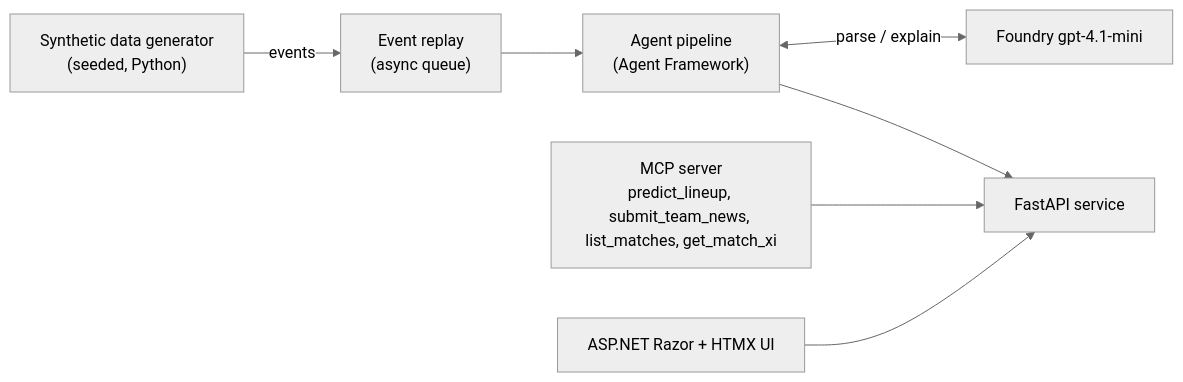
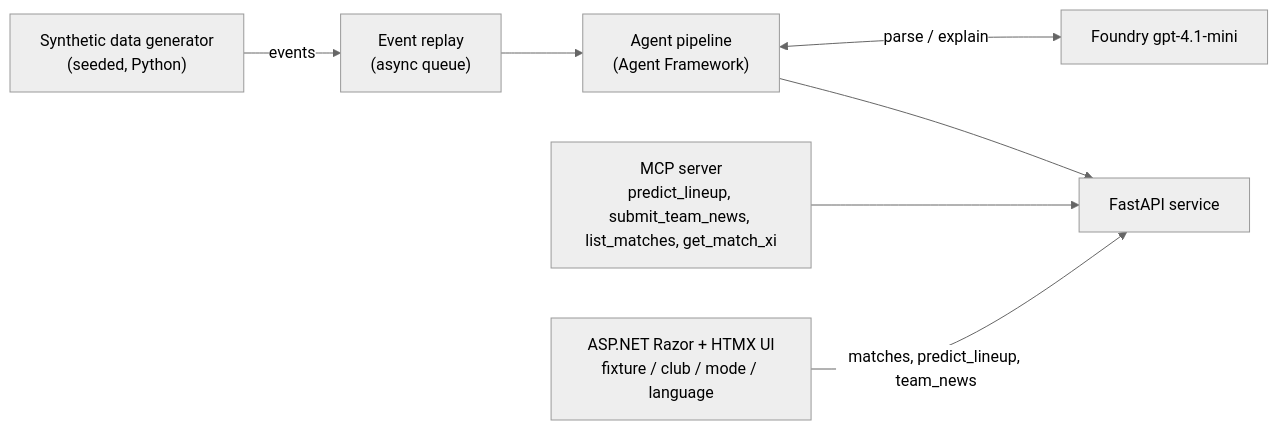
The first of 3 diagrams in ARCHITECTURE.md (ewyuen/lineup-oracle), drawn with Mermaid (neutral theme) before and after one commit. The commit also changed other lines of this file and 53 other files, not shown here.

Commit message:
Implement Razor HTMX lineup UI

````diff
--- a/ARCHITECTURE.md
+++ b/ARCHITECTURE.md
@@ -11,9 +11,9 @@
 ```mermaid
 flowchart LR
     Gen["Synthetic data generator<br/>(seeded, Python)"] -->|events| Replay["Event replay<br/>(async queue)"]
     Replay --> Pipe["Agent pipeline<br/>(Agent Framework)"]
     Pipe <-->|parse / explain| LLM["Foundry gpt-4.1-mini"]
     Pipe --> API["FastAPI service"]
     MCP["MCP server<br/>predict_lineup, submit_team_news, list_matches, get_match_xi"] --> API
-    UI["ASP.NET Razor + HTMX UI"] --> API
+    UI["ASP.NET Razor + HTMX UI<br/>fixture / club / mode / language"] -->|matches, predict_lineup, team_news| API
 ```
````
